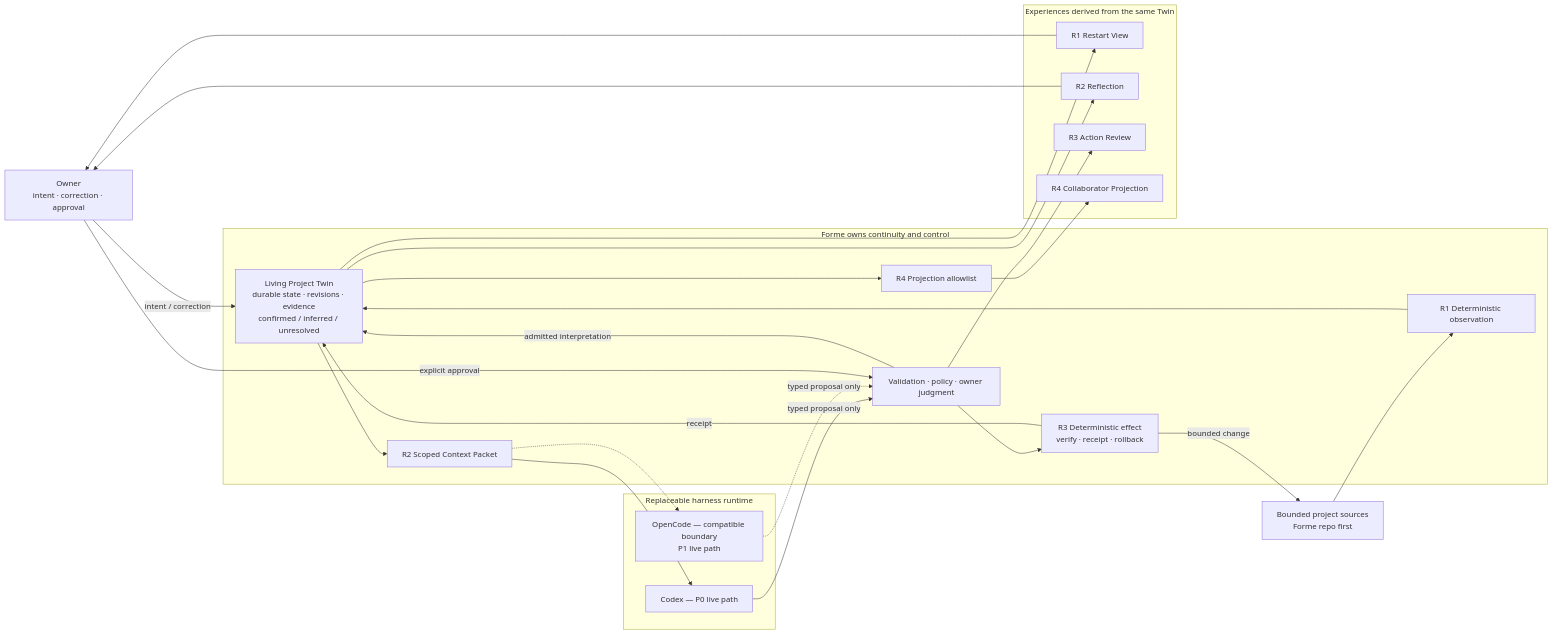
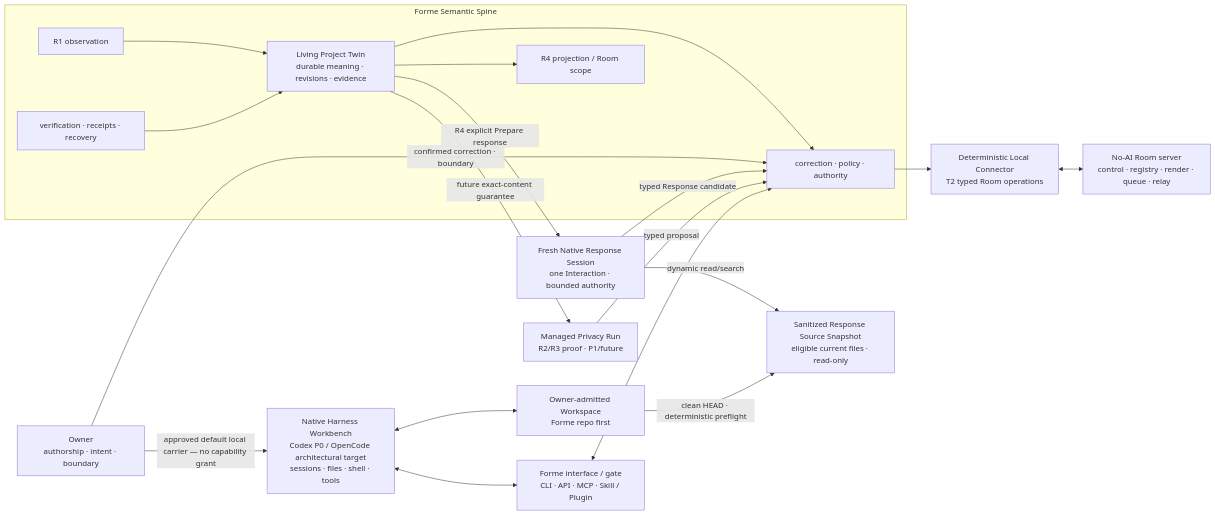
One commit to formehq/forme changed the diagram in docs/CONTROL.md. Above: the diagram before and after it, drawn with Mermaid. The commit also changed other lines of this file and 21 other files, not shown here.

First line of the commit message:
[R4] Reconcile approved P–T5 into Technical Control Packet v0.2 (#64)

````diff
--- a/docs/CONTROL.md
+++ b/docs/CONTROL.md
@@ -67,41 +191,28 @@
 ```mermaid
 flowchart LR
-    Owner["Owner<br/>intent · correction · approval"]
-    Source["Bounded project sources<br/>Forme repo first"]
+    Owner["Owner<br/>authorship · intent · boundary"] -->|"approved default local carrier — no capability grant"| Workbench["Native Harness Workbench<br/>Codex P0 / OpenCode architectural target<br/>sessions · files · shell · tools"]
+    Workbench <--> Workspace["Owner-admitted Workspace<br/>Forme repo first"]
+    Interface["Forme interface / gate<br/>CLI · API · MCP · Skill / Plugin"]
 
-    subgraph Forme["Forme owns continuity and control"]
-        Observe["R1 Deterministic observation"]
-        Twin["Living Project Twin<br/>durable state · revisions · evidence<br/>confirmed / inferred / unresolved"]
-        Context["R2 Scoped Context Packet"]
-        Gate["Validation · policy · owner judgment"]
-        Effect["R3 Deterministic effect<br/>verify · receipt · rollback"]
-        Scope["R4 Projection allowlist"]
+    subgraph Spine["Forme Semantic Spine"]
+        Observe["R1 observation"]
+        Twin["Living Project Twin<br/>durable meaning · revisions · evidence"]
+        Gate["correction · policy · authority"]
+        Receipt["verification · receipts · recovery"]
+        Scope["R4 projection / Room scope"]
+        Observe --> Twin --> Gate
+        Receipt --> Twin
+        Twin --> Scope
     end
 
-    subgraph Runtime["Replaceable harness runtime"]
-        Codex["Codex — P0 live path"]
-        OpenCode["OpenCode — compatible boundary<br/>P1 live path"]
-    end
-
-    subgraph Surfaces["Experiences derived from the same Twin"]
-        Restart["R1 Restart View"]
-        Reflection["R2 Reflection"]
-        Review["R3 Action Review"]
-        Projection["R4 Collaborator Projection"]
-    end
-
-    Source --> Observe --> Twin
-    Owner -->|"intent / correction"| Twin
-    Twin --> Restart --> Owner
-    Twin --> Context --> Codex
-    Context -.-> OpenCode
-    Codex -->|"typed proposal only"| Gate
-    OpenCode -.->|"typed proposal only"| Gate
-    Gate -->|"admitted interpretation"| Twin
-    Twin --> Reflection --> Owner
-    Owner -->|"explicit approval"| Gate
-    Gate --> Review
-    Gate --> Effect -->|"bounded change"| Source
-    Effect -->|"receipt"| Twin
-    Twin --> Scope --> Projection
+    Owner -->|"confirmed correction · boundary"| Gate
+    Workbench <--> Interface <--> Gate
+    Twin -->|"R4 explicit Prepare response"| Fresh["Fresh Native Response Session<br/>one Interaction · bounded authority"]
+    Workspace -->|"clean HEAD · deterministic preflight"| Snapshot
+    Fresh -->|"dynamic read/search"| Snapshot["Sanitized Response Source Snapshot<br/>eligible current files · read-only"]
+    Fresh -->|"typed Response candidate"| Gate
+    Twin -->|"future exact-content guarantee"| Managed["Managed Privacy Run<br/>R2/R3 proof · P1/future"]
+    Managed -->|"typed proposal"| Gate
+    Gate --> Connector["Deterministic Local Connector<br/>T2 typed Room operations"]
+    Connector <--> Server["No-AI Room server<br/>control · registry · render · queue · relay"]
 ```
````
